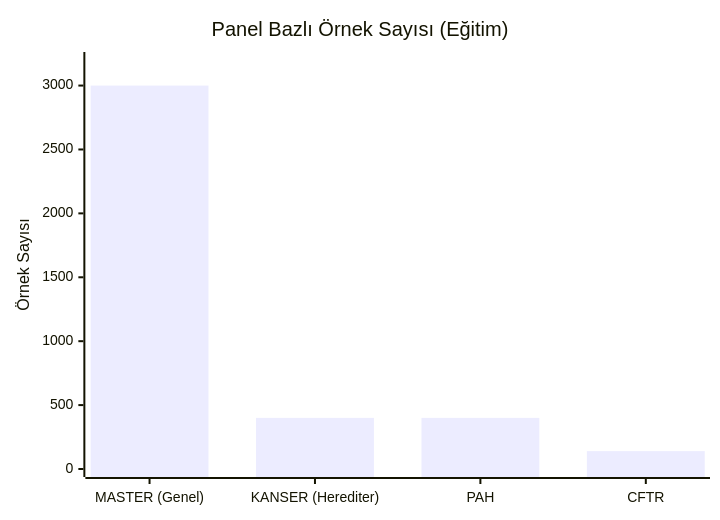
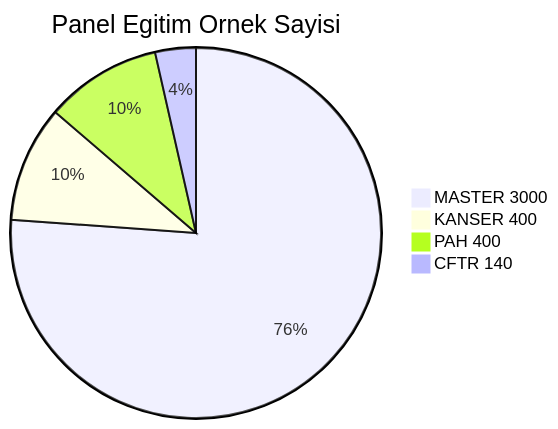
The eighth of 16 diagrams in README.md (msgxr/VARIANT-GNN), drawn with Mermaid before and after one commit. The commit also changed other lines of this file, not shown here.

Commit message:
docs: README diyagram bug fix — xychart-beta ve nested subgraph kaldirildi, GitHub uyumlu

````diff
--- a/README.md
+++ b/README.md
@@ -486,7 +418,7 @@
 ```mermaid
-xychart-beta
-    title "Panel Bazlı Örnek Sayısı (Eğitim)"
-    x-axis ["MASTER (Genel)", "KANSER (Herediter)", "PAH", "CFTR"]
-    y-axis "Örnek Sayısı" 0 --> 3200
-    bar [3000, 400, 400, 140]
+pie title Panel Egitim Ornek Sayisi
+    "MASTER  3000" : 3000
+    "KANSER  400"  : 400
+    "PAH     400"  : 400
+    "CFTR    140"  : 140
 ```
````
